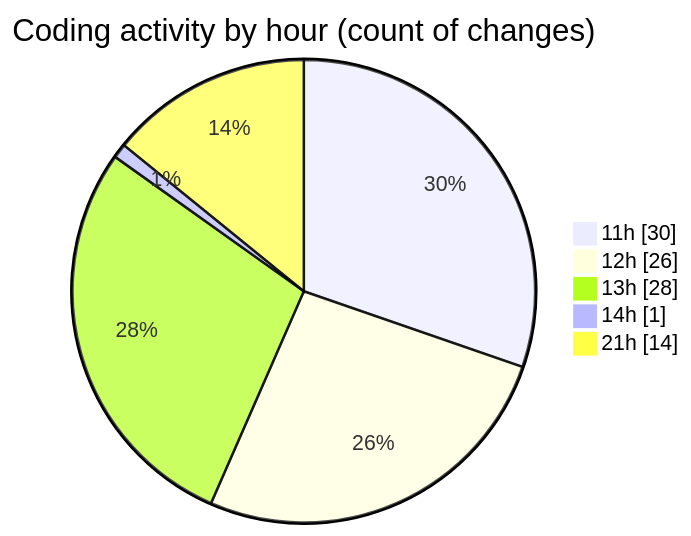
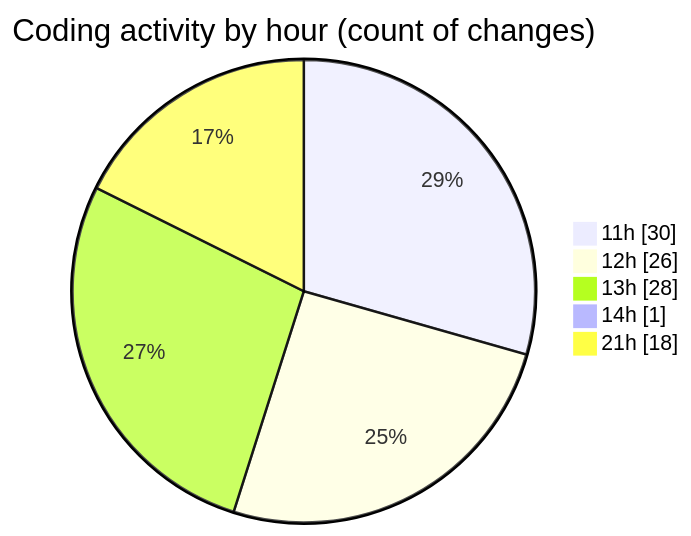
One commit to lephambinh05/code-tracking changed the second of 2 diagrams in 2025-08-25/studybuddy/README.md. Above: the diagram before and after it, drawn with Mermaid. The commit also changed other lines of this file and 1 other file, not shown here.

````diff
--- a/2025-08-25/studybuddy/README.md
+++ b/2025-08-25/studybuddy/README.md
@@ -68,9 +68,9 @@
 ```mermaid
 pie showData
 title Coding activity by hour (count of changes)
 "11h" : 30
 "12h" : 26
 "13h" : 28
 "14h" : 1
-"21h" : 14
+"21h" : 18
 ```
````
